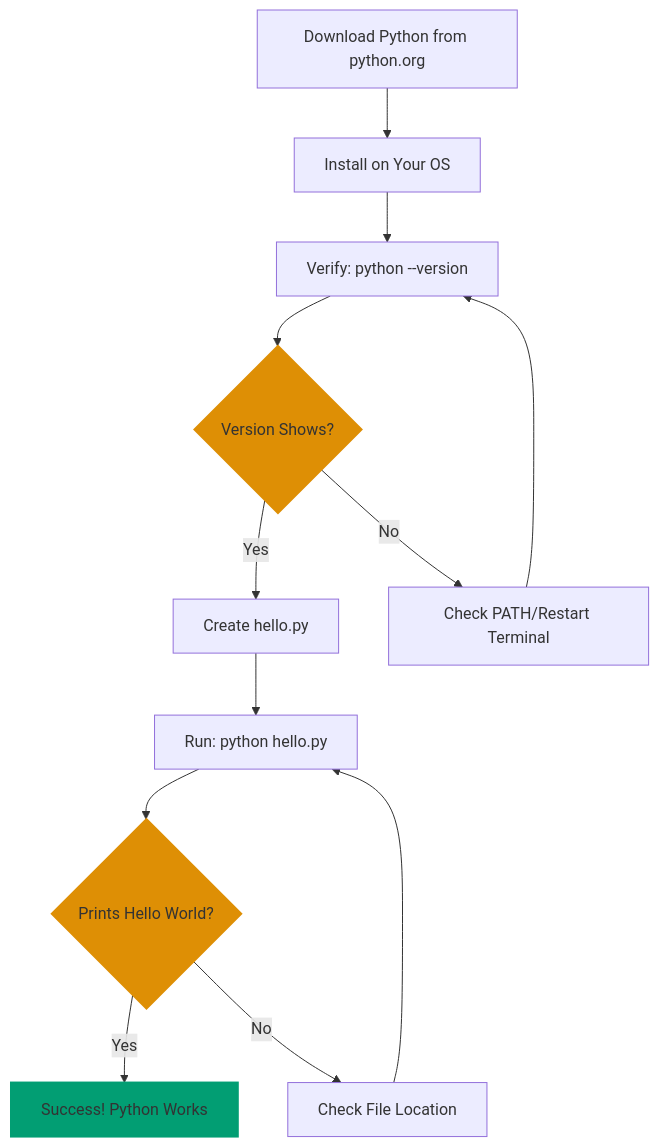
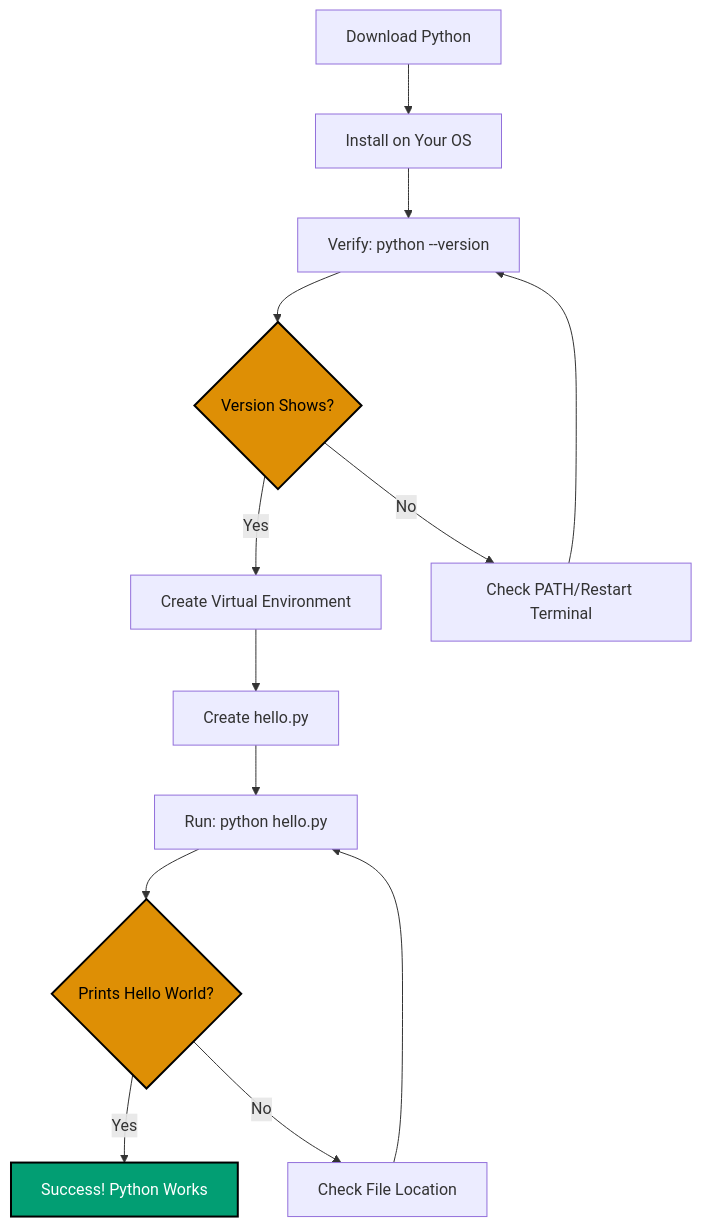
One commit to wahidyankf/open-sharia-enterprise changed the diagram in apps/ayokoding-web/content/en/learn/swe/prog-lang/python/tutorials/initial-setup.md. Above: the diagram before and after it, drawn with Mermaid. The commit also changed other lines of this file and 30 other files, not shown here.

````diff
--- a/apps/ayokoding-web/content/en/learn/swe/prog-lang/python/tutorials/initial-setup.md
+++ b/apps/ayokoding-web/content/en/learn/swe/prog-lang/python/tutorials/initial-setup.md
@@ -28,18 +30,19 @@
 ```mermaid
 graph TD
-    A[Download Python from python.org] --> B[Install on Your OS]
+    A[Download Python] --> B[Install on Your OS]
     B --> C[Verify: python --version]
     C --> D{Version Shows?}
-    D -->|Yes| E[Create hello.py]
+    D -->|Yes| E[Create Virtual Environment]
     D -->|No| F[Check PATH/Restart Terminal]
     F --> C
-    E --> G[Run: python hello.py]
-    G --> H{Prints Hello World?}
-    H -->|Yes| I[Success! Python Works]
-    H -->|No| J[Check File Location]
-    J --> G
+    E --> G[Create hello.py]
+    G --> H[Run: python hello.py]
+    H --> I{Prints Hello World?}
+    I -->|Yes| J[Success! Python Works]
+    I -->|No| K[Check File Location]
+    K --> H
 
-    style I fill:#029E73,stroke:#029E73,stroke-width:2px
-    style D fill:#DE8F05,stroke:#DE8F05,stroke-width:2px
-    style H fill:#DE8F05,stroke:#DE8F05,stroke-width:2px
+    style J fill:#029E73,stroke:#000000,stroke-width:2px,color:#FFFFFF
+    style D fill:#DE8F05,stroke:#000000,stroke-width:2px,color:#000000
+    style I fill:#DE8F05,stroke:#000000,stroke-width:2px,color:#000000
 ```
````
